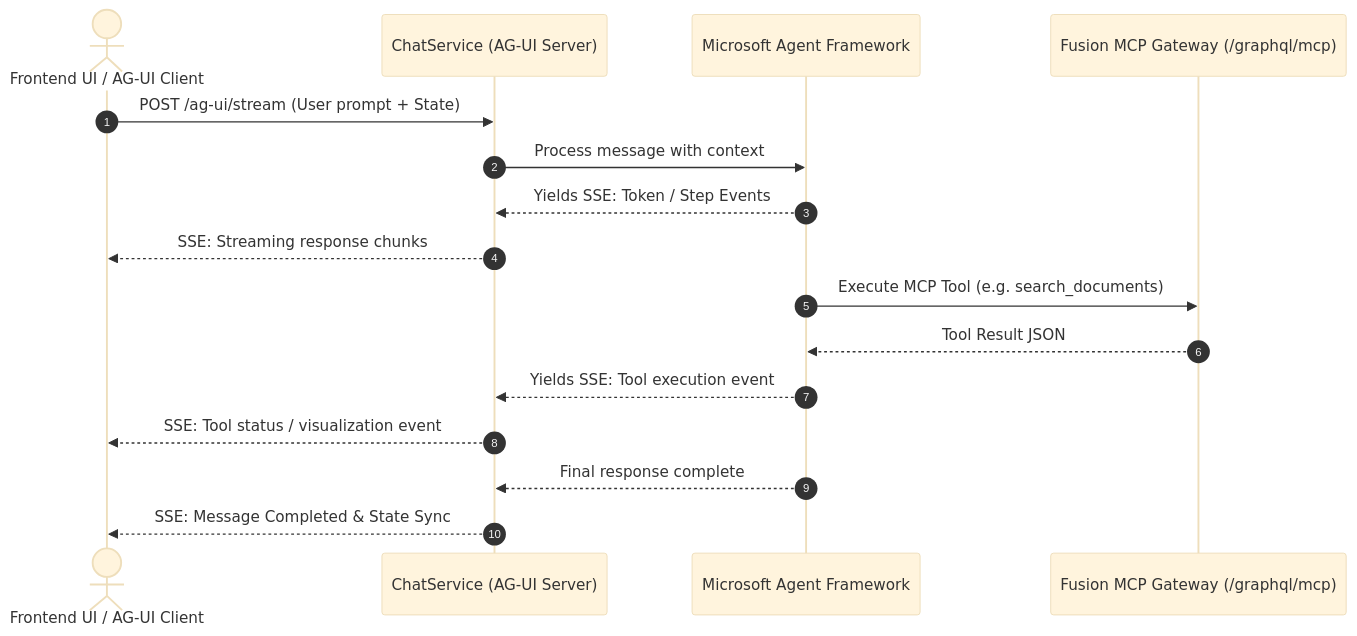
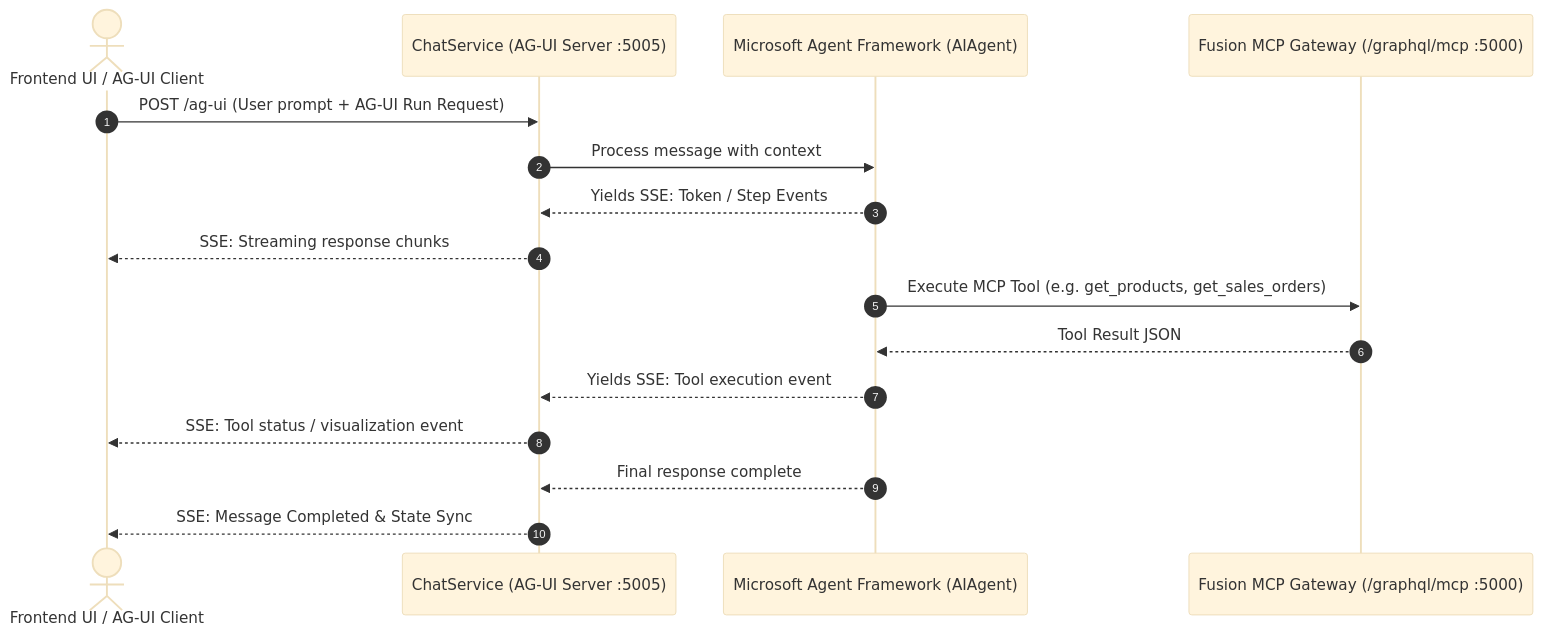
One commit to vickytr44/ChatWithYourData changed the diagram in docs/architecture/agent-and-agui.md. Above: the diagram before and after it, drawn with Mermaid (base theme). The commit also changed other lines of this file and 21 other files, not shown here.

Commit message:
Add ChatService with AG-UI server and MCP client

````diff
--- a/docs/architecture/agent-and-agui.md
+++ b/docs/architecture/agent-and-agui.md
@@ -6,19 +6,19 @@
 ```mermaid
 sequenceDiagram
     autonumber
     actor User as Frontend UI / AG-UI Client
-    participant ChatService as ChatService (AG-UI Server)
-    participant Agent as Microsoft Agent Framework
-    participant Gateway as Fusion MCP Gateway (/graphql/mcp)
+    participant ChatService as ChatService (AG-UI Server :5005)
+    participant Agent as Microsoft Agent Framework (AIAgent)
+    participant Gateway as Fusion MCP Gateway (/graphql/mcp :5000)
 
-    User->>ChatService: POST /ag-ui/stream (User prompt + State)
+    User->>ChatService: POST /ag-ui (User prompt + AG-UI Run Request)
     ChatService->>Agent: Process message with context
     Agent-->>ChatService: Yields SSE: Token / Step Events
     ChatService-->>User: SSE: Streaming response chunks
-    Agent->>Gateway: Execute MCP Tool (e.g. search_documents)
+    Agent->>Gateway: Execute MCP Tool (e.g. get_products, get_sales_orders)
     Gateway-->>Agent: Tool Result JSON
     Agent-->>ChatService: Yields SSE: Tool execution event
     ChatService-->>User: SSE: Tool status / visualization event
     Agent-->>ChatService: Final response complete
     ChatService-->>User: SSE: Message Completed & State Sync
 ```
````
